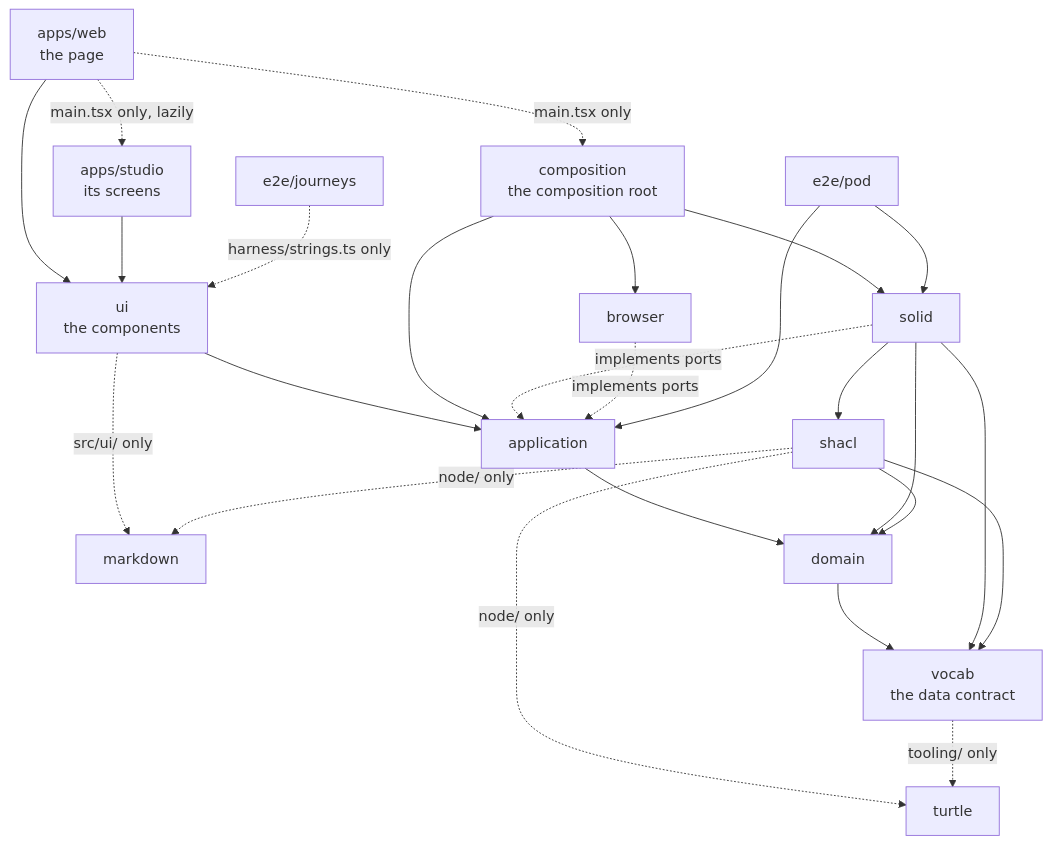
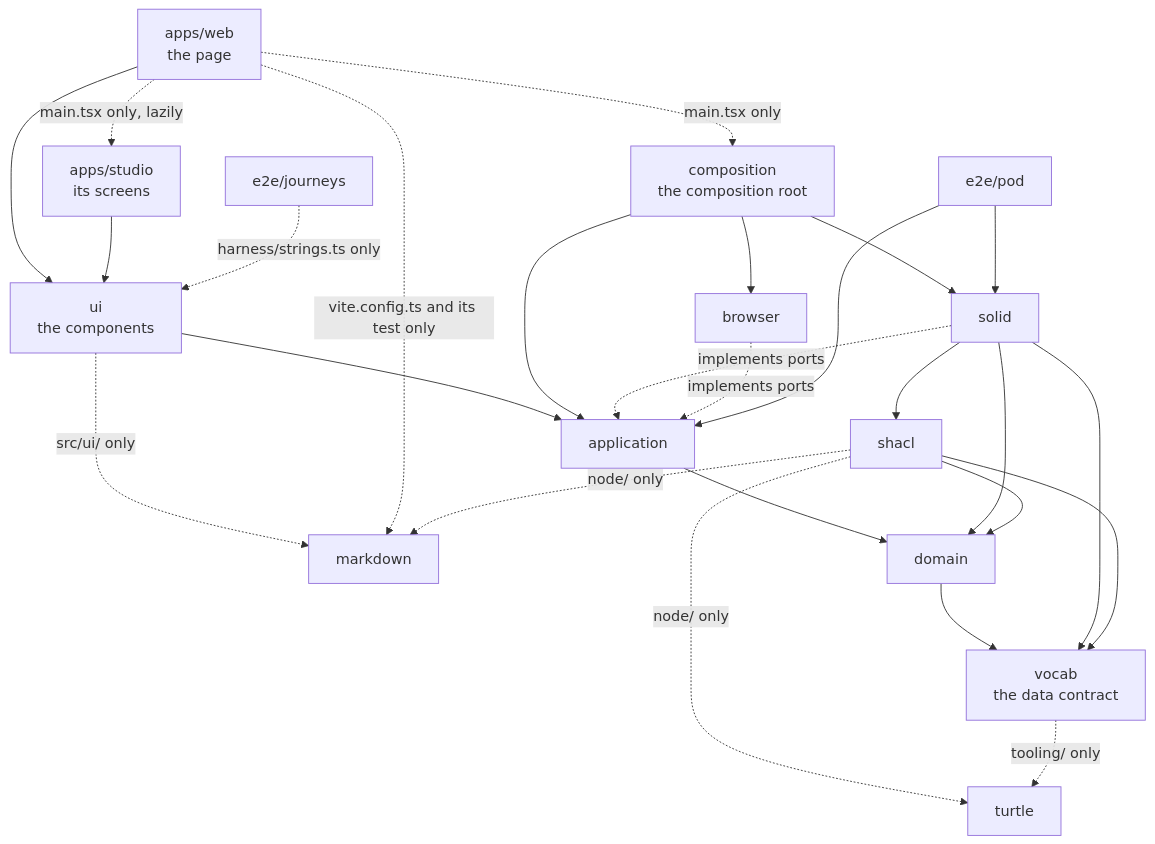
The diagram in docs/architecture.md (solid-memo/website), drawn with Mermaid before and after one commit. The commit also changed other lines of this file and 25 other files, not shown here.

````diff
--- a/docs/architecture.md
+++ b/docs/architecture.md
@@ -39,21 +39,22 @@
 ```mermaid
 graph TD
     accTitle: Package dependencies
     accDescr: Which packages import which, with a dotted arrow where an import is allowed only from certain files.
     web["apps/web<br/>the page"] --> ui["ui<br/>the components"]
     web -. "main.tsx only, lazily" .-> studio["apps/studio<br/>its screens"]
     studio --> ui
     ui --> application
     web -. "main.tsx only" .-> composition["composition<br/>the composition root"]
     composition --> application & solid & browser
     ui -. src/ui/ only .-> markdown
+    web -. "vite.config.ts and its test only" .-> markdown
     application --> domain --> vocab["vocab<br/>the data contract"]
     solid -. implements ports .-> application
     solid --> domain & vocab & shacl
     browser -. implements ports .-> application
     shacl --> domain & vocab
     shacl -. node/ only .-> turtle & markdown
     vocab -. tooling/ only .-> turtle
     e2e["e2e/pod"] --> application & solid
     journeys["e2e/journeys"] -. "harness/strings.ts only" .-> ui
 ```
````
